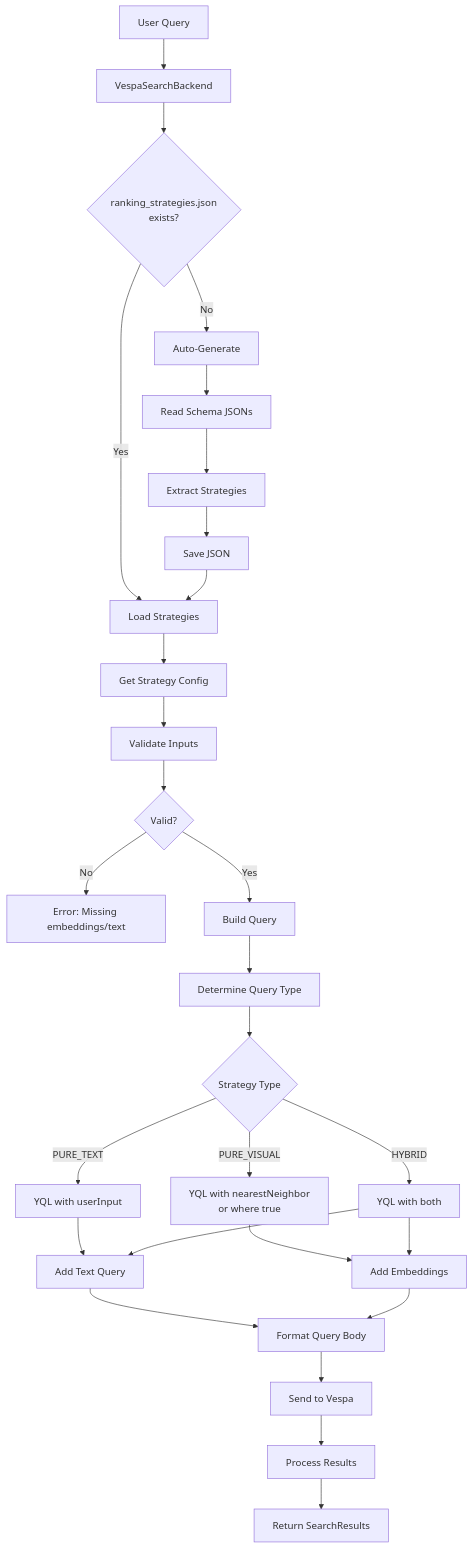
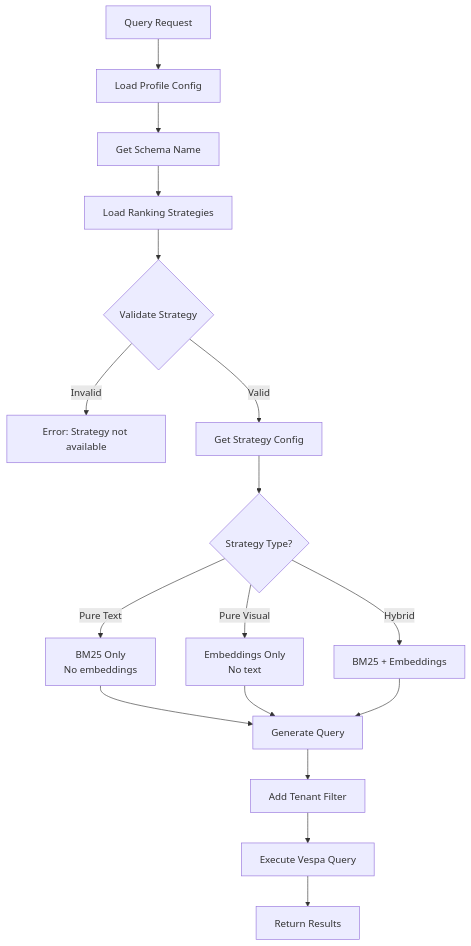
The third of 3 diagrams in docs/architecture/schema_driven_flow.md (amit-jain/cogniverse), drawn with Mermaid before and after one commit. The commit also changed other lines of this file and 16 other files, not shown here.

First line of the commit message:
Comprehensive documentation revamp for multi-agent architecture

````diff
--- a/docs/architecture/schema_driven_flow.md
+++ b/docs/architecture/schema_driven_flow.md
@@ -74,39 +119,25 @@
 ```mermaid
 graph TD
-    A[User Query] --> B[VespaSearchBackend]
-    B --> C{ranking_strategies.json<br/>exists?}
-    
-    C -->|No| D[Auto-Generate]
-    C -->|Yes| E[Load Strategies]
-    
-    D --> D1[Read Schema JSONs]
-    D1 --> D2[Extract Strategies]
-    D2 --> D3[Save JSON]
-    D3 --> E
-    
-    E --> F[Get Strategy Config]
-    F --> G[Validate Inputs]
-    
-    G --> H{Valid?}
-    H -->|No| I[Error: Missing embeddings/text]
-    H -->|Yes| J[Build Query]
-    
-    J --> K[Determine Query Type]
-    K --> K1{Strategy Type}
-    
-    K1 -->|PURE_TEXT| L[YQL with userInput]
-    K1 -->|PURE_VISUAL| M[YQL with nearestNeighbor<br/>or where true]
-    K1 -->|HYBRID| N[YQL with both]
-    
-    L --> O[Add Text Query]
-    M --> P[Add Embeddings]
-    N --> O
-    N --> P
-    
-    O --> Q[Format Query Body]
-    P --> Q
-    
-    Q --> R[Send to Vespa]
-    R --> S[Process Results]
-    S --> T[Return SearchResults]
+    A[Query Request] --> B[Load Profile Config]
+    B --> C[Get Schema Name]
+    C --> D[Load Ranking Strategies]
+
+    D --> E{Validate Strategy}
+    E -->|Invalid| F[Error: Strategy not available]
+    E -->|Valid| G[Get Strategy Config]
+
+    G --> H{Strategy Type?}
+
+    H -->|Pure Text| I[BM25 Only<br/>No embeddings]
+    H -->|Pure Visual| J[Embeddings Only<br/>No text]
+    H -->|Hybrid| K[BM25 + Embeddings]
+
+    I --> L[Generate Query]
+    J --> L
+    K --> L
+
+    L --> M[Add Tenant Filter]
+    M --> N[Execute Vespa Query]
+
+    N --> O[Return Results]
 ```
````
